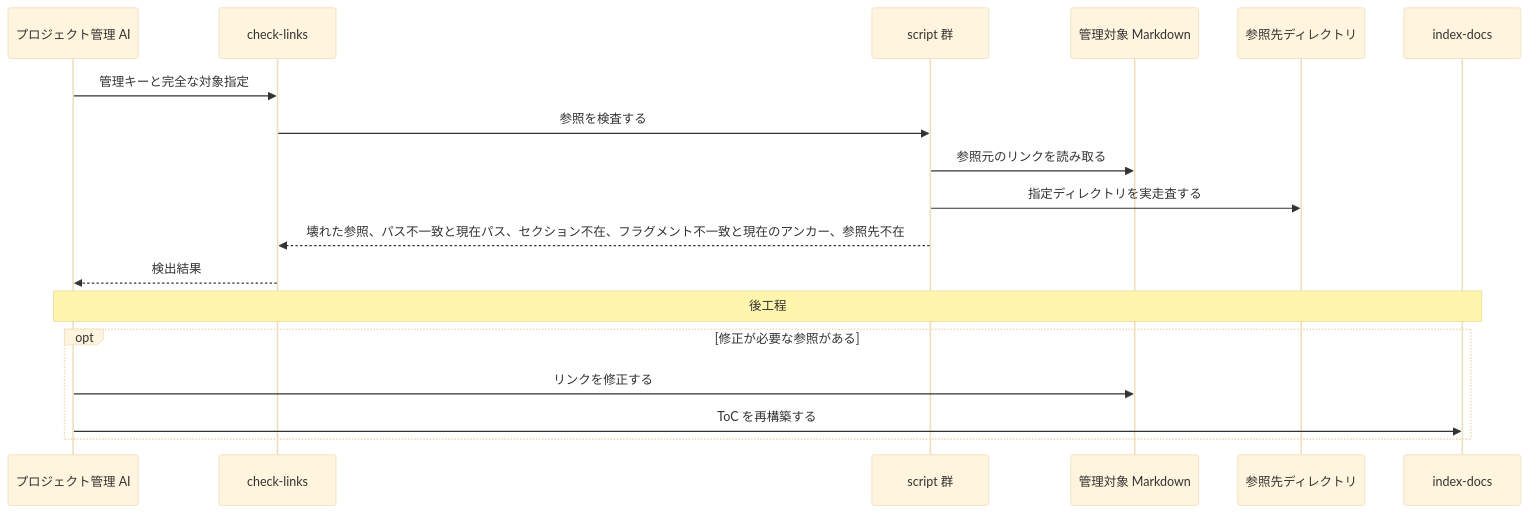
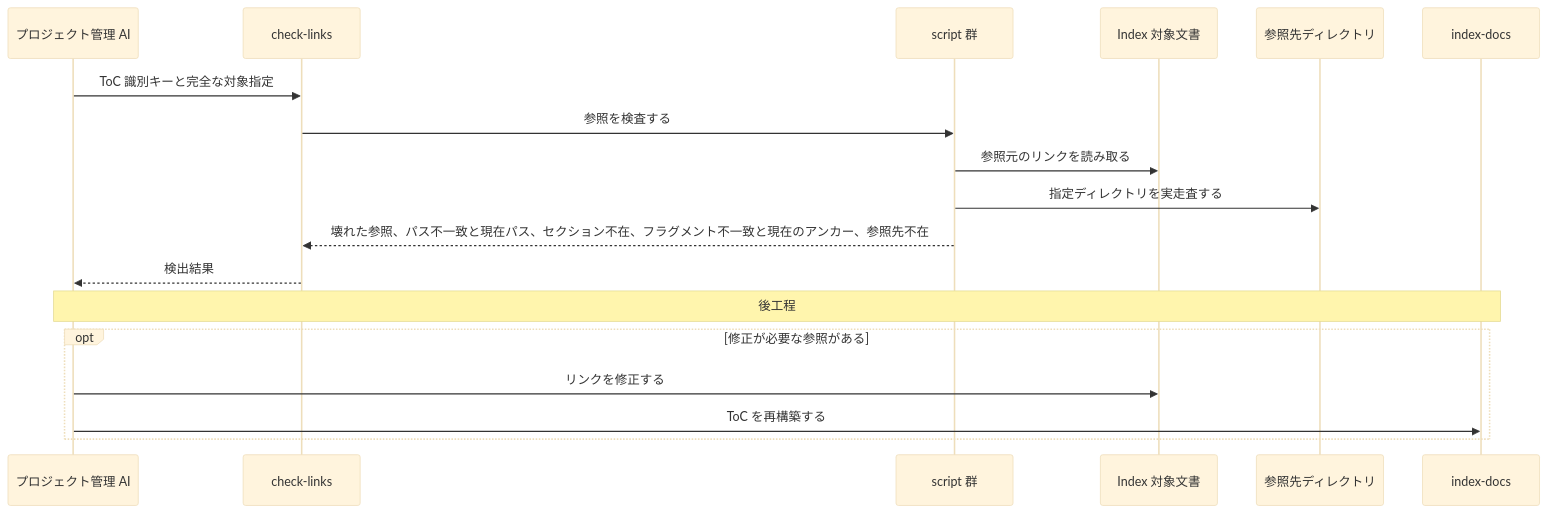
One commit to BlueEventHorizon/doc-link changed the sixth of 9 diagrams in docs/specs/design/DES-010_skill-composition.md. Above: the diagram before and after it, drawn with Mermaid (base theme). The commit also changed other lines of this file and 23 other files, not shown here.

````diff
--- a/docs/specs/design/DES-010_skill-composition.md
+++ b/docs/specs/design/DES-010_skill-composition.md
@@ -273,21 +278,21 @@
 ```mermaid
 sequenceDiagram
     participant PM as プロジェクト管理 AI
     participant Skill as check-links
     participant Scripts as script 群
-    participant Docs as 管理対象 Markdown
+    participant Docs as Index 対象文書
     participant RefDirs as 参照先ディレクトリ
     participant Index as index-docs
 
-    PM->>Skill: 管理キーと完全な対象指定
+    PM->>Skill: ToC 識別キーと完全な対象指定
     Skill->>Scripts: 参照を検査する
     Scripts->>Docs: 参照元のリンクを読み取る
     Scripts->>RefDirs: 指定ディレクトリを実走査する
     Scripts-->>Skill: 壊れた参照、パス不一致と現在パス、セクション不在、フラグメント不一致と現在のアンカー、参照先不在
     Skill-->>PM: 検出結果
     Note over PM,Index: 後工程
     opt 修正が必要な参照がある
         PM->>Docs: リンクを修正する
         PM->>Index: ToC を再構築する
     end
 ```
````
